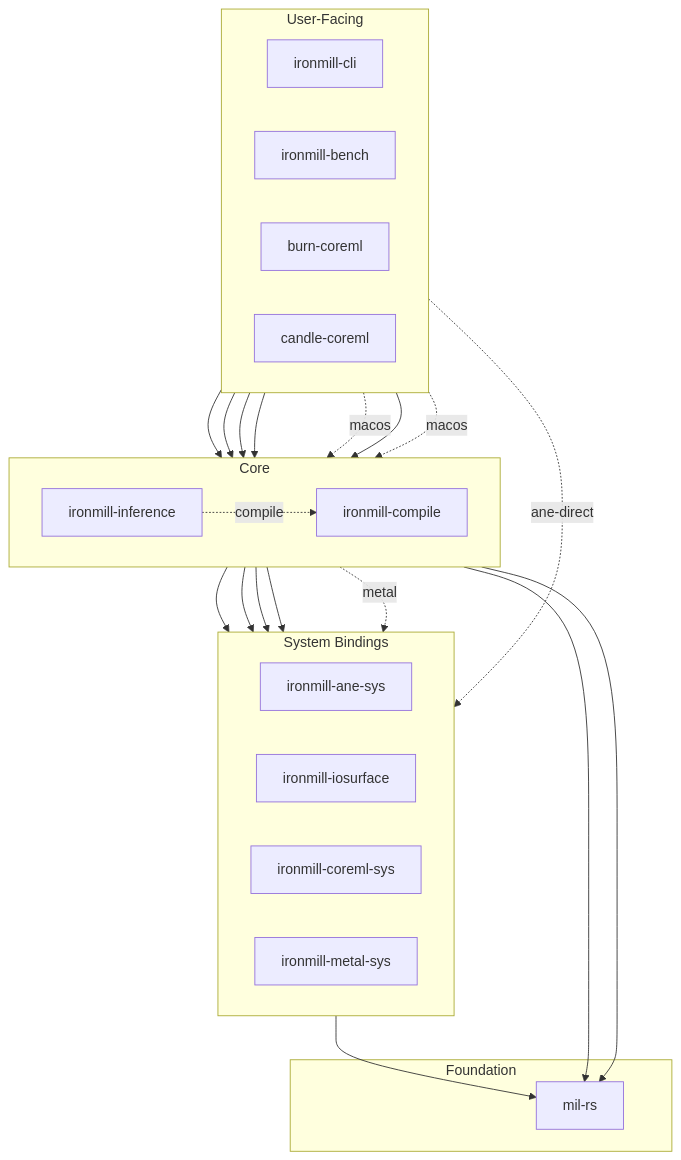
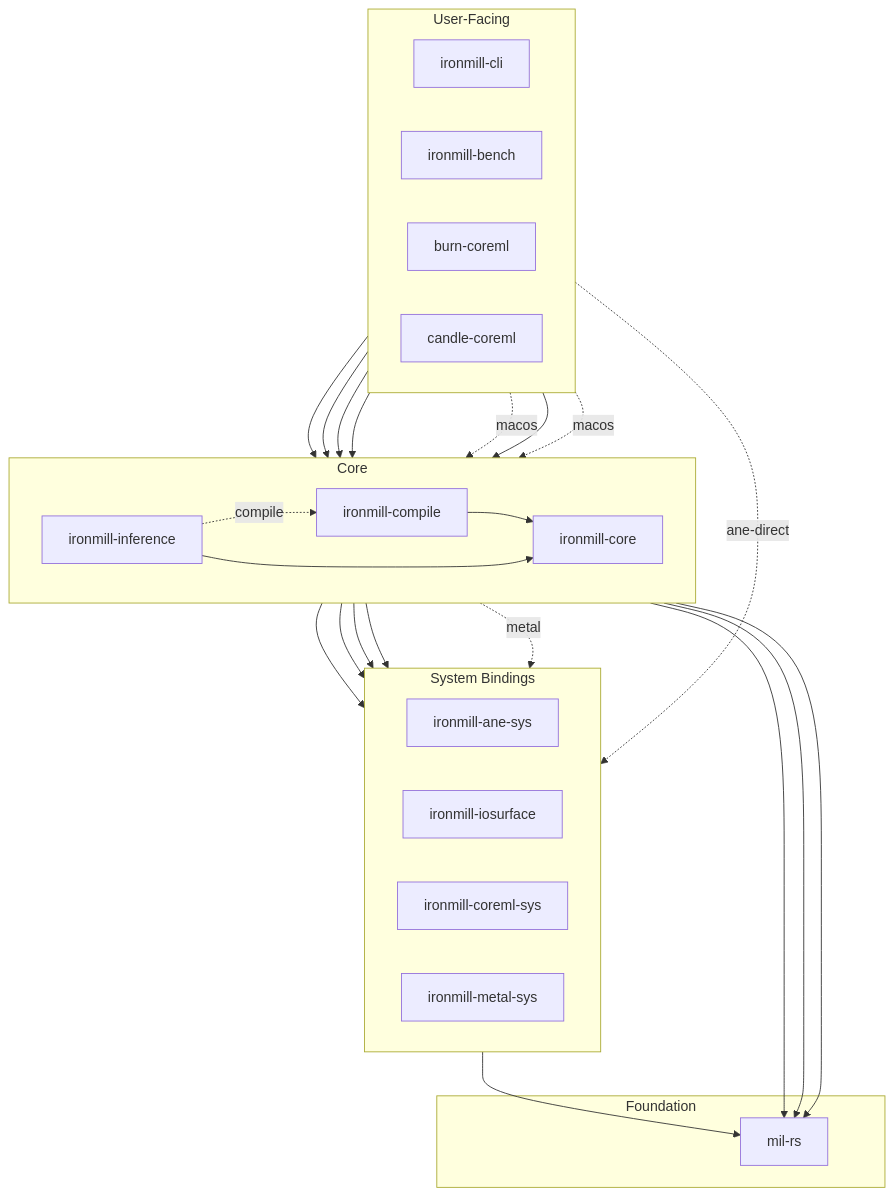
One commit to jafreck/ironmill changed the second of 2 diagrams in README.md. Above: the diagram before and after it, drawn with Mermaid. The commit also changed other lines of this file and 1 other file, not shown here.

Commit message:
docs: update crate structure diagrams for ironmill-core
Add ironmill-core to the README mermaid diagram, crate table,
and the archived compile-inference separation doc.

````diff
--- a/README.md
+++ b/README.md
@@ -187,47 +187,51 @@
 ```mermaid
 %%{init: {'flowchart': {'curve': 'basis'}}}%%
 flowchart TD
     subgraph user["User-Facing"]
         direction LR
         cli["ironmill-cli"]
         bench["ironmill-bench"]
         burn["burn-coreml"]
         candle["candle-coreml"]
     end
 
     subgraph core["Core"]
         direction LR
         compile["ironmill-compile"]
         inference["ironmill-inference"]
+        corelib["ironmill-core"]
     end
 
     subgraph sys["System Bindings"]
         direction LR
         ane["ironmill-ane-sys"]
         ios["ironmill-iosurface"]
         coremlsys["ironmill-coreml-sys"]
         metalsys["ironmill-metal-sys"]
     end
 
     subgraph found["Foundation"]
         mil["mil-rs"]
     end
 
     cli --> compile
     bench --> compile
     bench --> inference
     bench -. "ane-direct" .-> ios
     burn --> compile
     burn -. "macos" .-> inference
     candle --> compile
     candle -. "macos" .-> inference
+    compile --> corelib
     compile --> mil
     compile --> ios
+    inference --> corelib
     inference --> mil
     inference --> ane
     inference --> ios
     inference --> coremlsys
     inference -. "metal" .-> metalsys
     inference -. "compile" .-> compile
+    corelib --> mil
     ios --> mil
 ```
````
